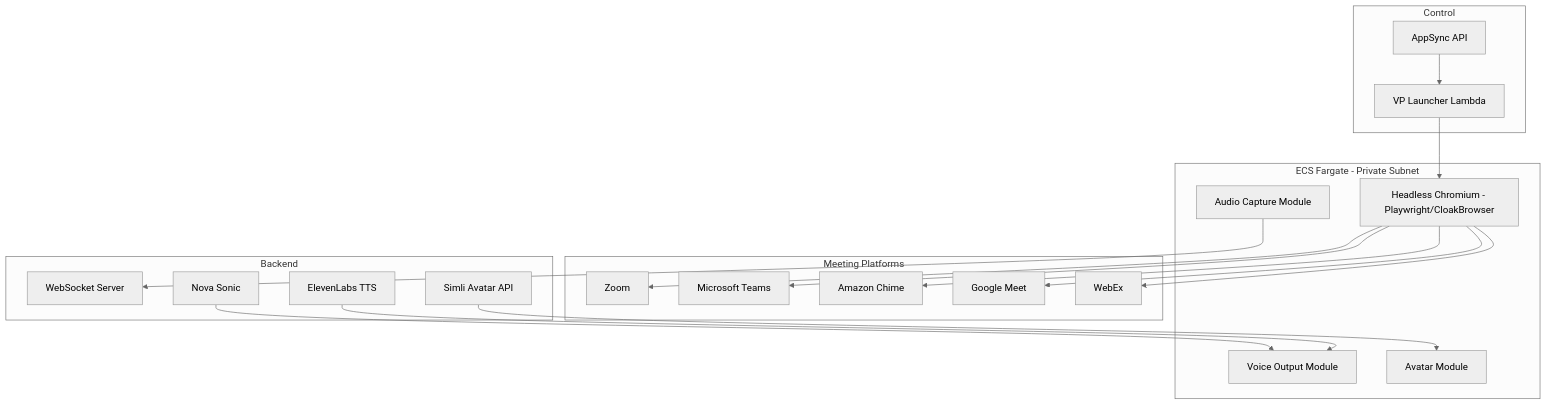
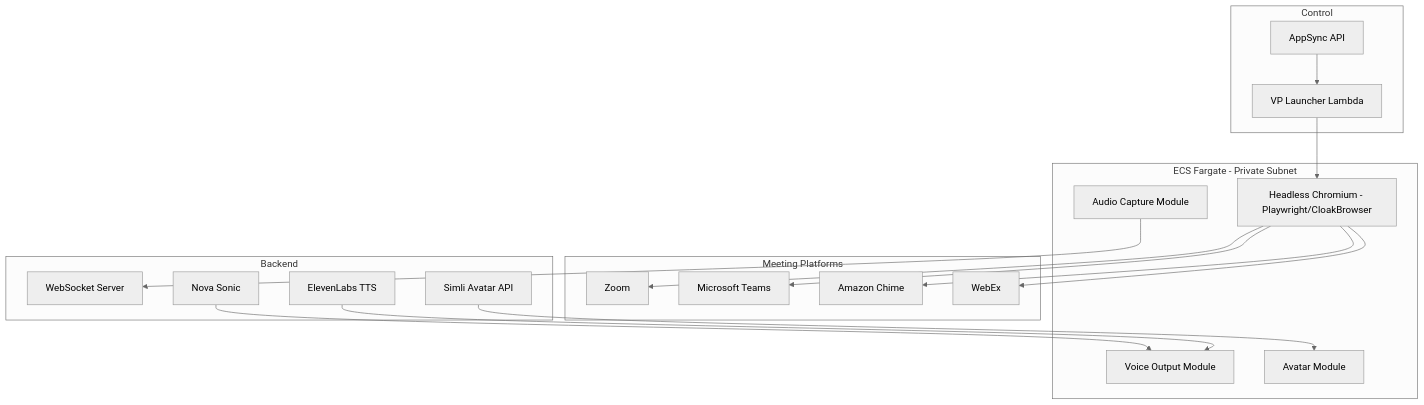
Before and after one commit to aws-samples/amazon-transcribe-live-meeting-assistant: the diagram in threat-modeling/feature-threats/virtual-participant.md, drawn with Mermaid (neutral theme). The commit also changed other lines of this file and 17 other files, not shown here.

````diff
--- a/threat-modeling/feature-threats/virtual-participant.md
+++ b/threat-modeling/feature-threats/virtual-participant.md
@@ -25,41 +25,39 @@
 ```mermaid
 flowchart TD
     subgraph Control
         AppSync[AppSync API]
         Lambda[VP Launcher Lambda]
     end
 
     subgraph Fargate[ECS Fargate - Private Subnet]
         Chrome[Headless Chromium - Playwright/CloakBrowser]
         AudioCapture[Audio Capture Module]
         VoiceOut[Voice Output Module]
         AvatarMod[Avatar Module]
     end
 
     subgraph Platforms[Meeting Platforms]
         Zoom[Zoom]
         Teams[Microsoft Teams]
         Chime[Amazon Chime]
-        Meet[Google Meet]
         WebEx[WebEx]
     end
 
     subgraph Backend
         WSServer[WebSocket Server]
         NovaSonic[Nova Sonic]
         ElevenLabs[ElevenLabs TTS]
         Simli[Simli Avatar API]
     end
 
     AppSync --> Lambda
     Lambda --> Chrome
     Chrome --> Zoom
     Chrome --> Teams
     Chrome --> Chime
-    Chrome --> Meet
     Chrome --> WebEx
     AudioCapture --> WSServer
     NovaSonic --> VoiceOut
     ElevenLabs --> VoiceOut
     Simli --> AvatarMod
 ```
````
